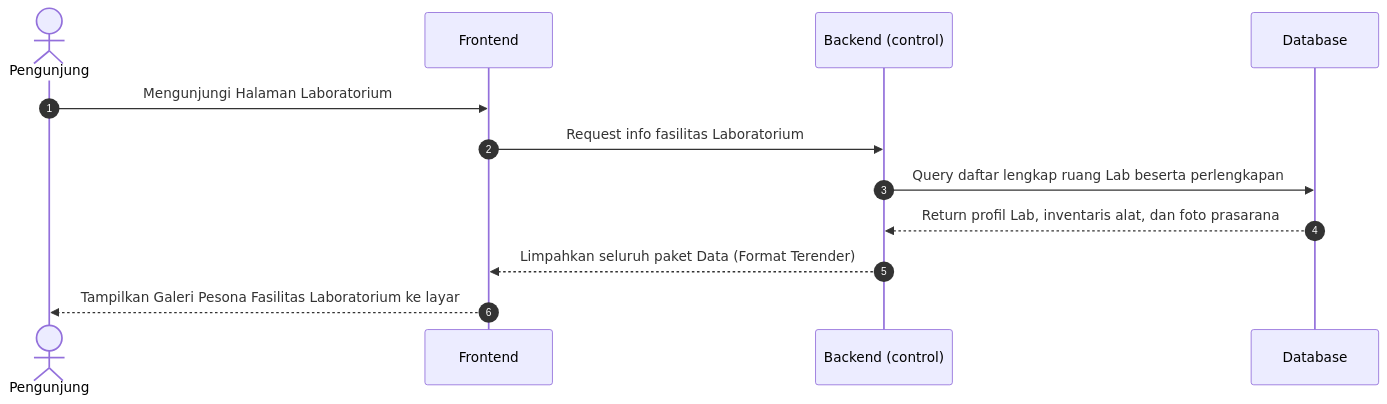
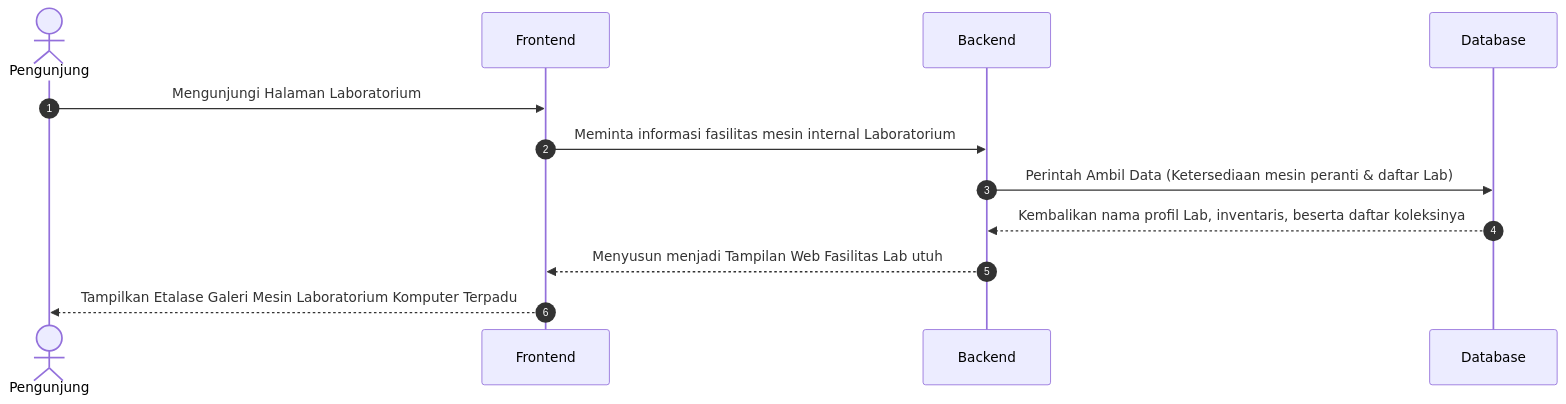
Diagram 11 of 22 in docs/kumpulan_sequence_frontend.md (arbain-dev/Web_fikom), drawn with Mermaid before and after one commit. The commit also changed other lines of this file and 1 other file, not shown here.

Commit message:
docs: menyederhanakan bahasa teknikal (query, render, html, http, json) menjadi perbendaharaan operasional sederhana di diagram aktivitas public frontend

````diff
--- a/docs/kumpulan_sequence_frontend.md
+++ b/docs/kumpulan_sequence_frontend.md
@@ -214,17 +210,17 @@
 ```mermaid
 sequenceDiagram
     autonumber
     actor User as Pengunjung
-    participant Frontend
-    participant Backend as Backend (control)
-    participant DB as Database
+    participant Frontend as Frontend
+    participant Backend as Backend
+    participant Database as Database
 
     User->>Frontend: Mengunjungi Halaman Laboratorium
-    Frontend->>Backend: Request info fasilitas Laboratorium
+    Frontend->>Backend: Meminta informasi fasilitas mesin internal Laboratorium
     
-    Backend->>DB: Query daftar lengkap ruang Lab beserta perlengkapan
-    DB-->>Backend: Return profil Lab, inventaris alat, dan foto prasarana
+    Backend->>Database: Perintah Ambil Data (Ketersediaan mesin peranti & daftar Lab)
+    Database-->>Backend: Kembalikan nama profil Lab, inventaris, beserta daftar koleksinya
     
-    Backend-->>Frontend: Limpahkan seluruh paket Data (Format Terender)
-    Frontend-->>User: Tampilkan Galeri Pesona Fasilitas Laboratorium ke layar
+    Backend-->>Frontend: Menyusun menjadi Tampilan Web Fasilitas Lab utuh
+    Frontend-->>User: Tampilkan Etalase Galeri Mesin Laboratorium Komputer Terpadu
 ```
````
